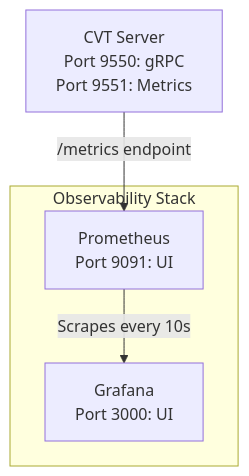
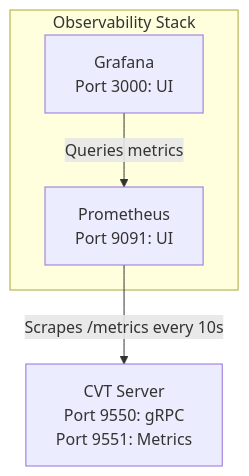
One commit to sahina/cvt changed the diagram in docs/operations/observability.md. Above: the diagram before and after it, drawn with Mermaid. The commit also changed other lines of this file and 40 other files, not shown here.

````diff
--- a/docs/operations/observability.md
+++ b/docs/operations/observability.md
@@ -28,14 +28,14 @@
 ```mermaid
 flowchart TD
     CVT["CVT Server<br/>Port 9550: gRPC<br/>Port 9551: Metrics"]
     PROM["Prometheus<br/>Port 9091: UI"]
     GRAF["Grafana<br/>Port 3000: UI"]
 
-    CVT -->|"/metrics endpoint"| PROM
-    PROM -->|"Scrapes every 10s"| GRAF
+    PROM -->|"Scrapes /metrics every 10s"| CVT
+    GRAF -->|"Queries metrics"| PROM
 
     subgraph Observability Stack
         PROM
         GRAF
     end
 ```
````
